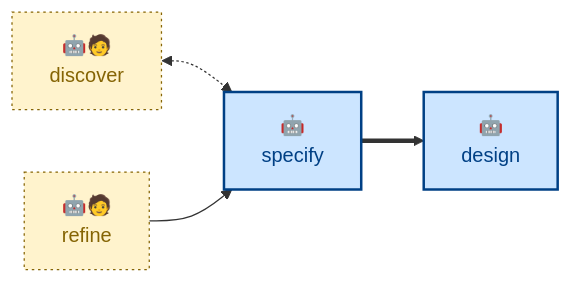
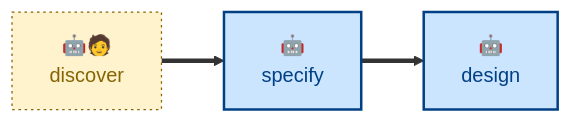
Before and after one commit to kieranpotts/skills: the diagram in skills/specify/README.md, drawn with Mermaid. The commit also changed other lines of this file and 21 other files, not shown here.

````diff
--- a/skills/specify/README.md
+++ b/skills/specify/README.md
@@ -117,20 +42,16 @@
 ```mermaid
 flowchart LR
   %% Node labels and classes.
   discover["🤖🧑<br/>discover"]:::anthropic
   specify["🤖<br/>specify"]:::agentic
   design["🤖<br/>design"]:::agentic
-  refine["🤖🧑<br/>refine"]:::anthropic
 
   %% Main workflow sequence.
-  discover <-.-> specify
+  discover ==> specify
   specify ==> design
-
-  %% Feedback loop.
-  refine --> specify
 
   %% Class definitions.
   classDef agentic fill:#cce5ff,stroke:#004085,color:#004085,stroke-width:2px
   classDef scripted fill:#e2e3e5,stroke:#4b5157,color:#383d41,stroke-width:2px
   classDef anthropic fill:#fff3cd,stroke:#856404,color:#856404,stroke-width:1px,stroke-dasharray:2 3
 ```
````
